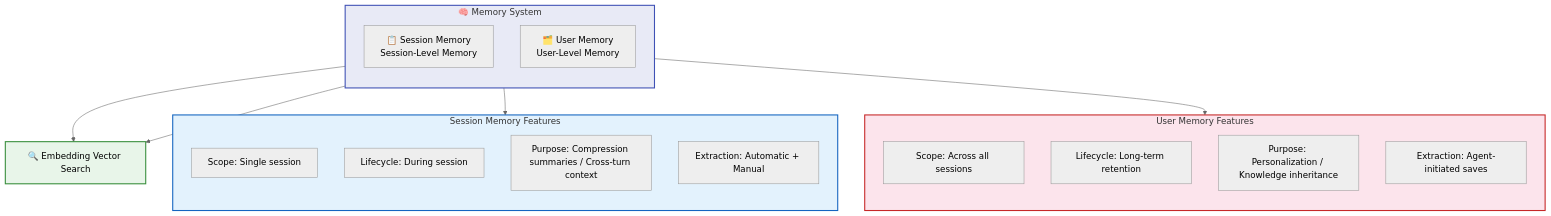
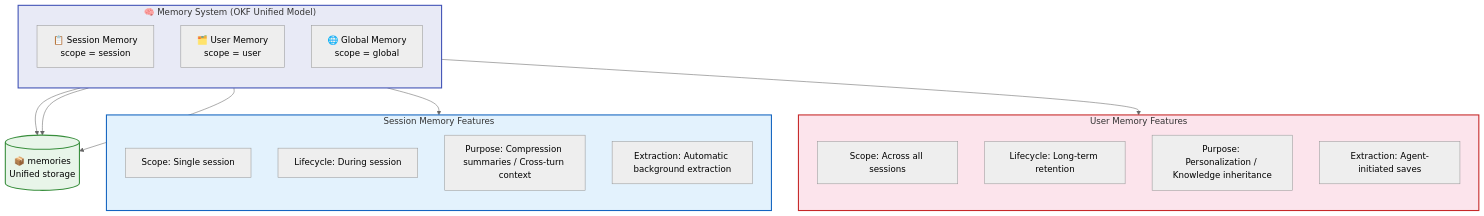
One commit to rtc-agent/docs changed the first of 7 diagrams in src/content/docs/en/features/memory.md. Above: the diagram before and after it, drawn with Mermaid (neutral theme). The commit also changed other lines of this file and 13 other files, not shown here.

First line of the commit message:
docs(features): add webSearch/webFetch details, update memory to OKF model, keyword retrieval

````diff
--- a/src/content/docs/en/features/memory.md
+++ b/src/content/docs/en/features/memory.md
@@ -12,34 +12,36 @@
 ```mermaid
 flowchart TD
-    subgraph MEMORY["🧠 Memory System"]
+    subgraph MEMORY["🧠 Memory System (OKF Unified Model)"]
         direction TB
-        SM["📋 Session Memory<br/>Session-Level Memory"]
-        UM["🗂️ User Memory<br/>User-Level Memory"]
+        SM["📋 Session Memory<br/>scope = session"]
+        UM["🗂️ User Memory<br/>scope = user"]
+        GM["🌐 Global Memory<br/>scope = global"]
     end
 
     subgraph SM_DETAIL["Session Memory Features"]
         direction TB
         SM1["Scope: Single session"]
         SM2["Lifecycle: During session"]
         SM3["Purpose: Compression summaries / Cross-turn context"]
-        SM4["Extraction: Automatic + Manual"]
+        SM4["Extraction: Automatic background extraction"]
     end
 
     subgraph UM_DETAIL["User Memory Features"]
         direction TB
         UM1["Scope: Across all sessions"]
         UM2["Lifecycle: Long-term retention"]
         UM3["Purpose: Personalization / Knowledge inheritance"]
         UM4["Extraction: Agent-initiated saves"]
     end
 
     SM --> SM_DETAIL
     UM --> UM_DETAIL
-    SM --> EMB["🔍 Embedding Vector Search"]
-    UM --> EMB
+    SM --> DB[("📦 memories<br/>Unified storage")]
+    UM --> DB
+    GM --> DB
 
     style MEMORY fill:#e8eaf6,stroke:#3f51b5,stroke-width:2px
     style SM_DETAIL fill:#e3f2fd,stroke:#1565c0,stroke-width:2px
     style UM_DETAIL fill:#fce4ec,stroke:#c62828,stroke-width:2px
-    style EMB fill:#e8f5e9,stroke:#388e3c,stroke-width:2px
+    style DB fill:#e8f5e9,stroke:#388e3c,stroke-width:2px
 ```
````
